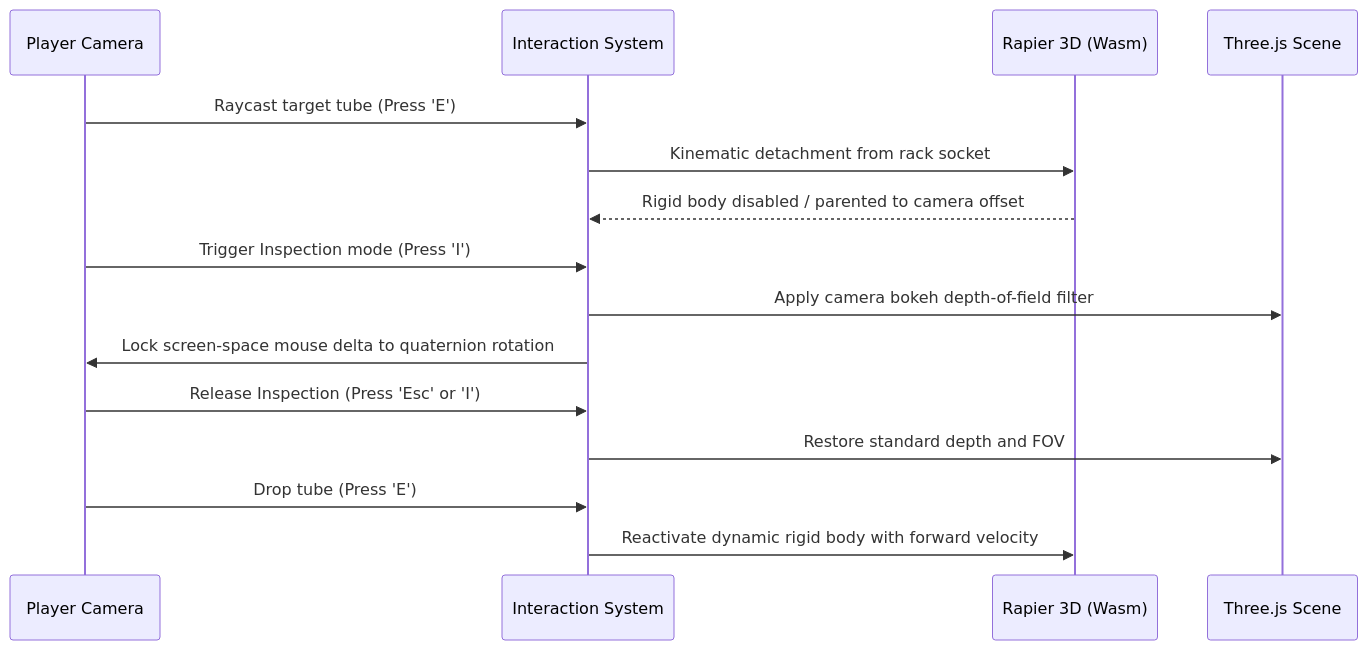
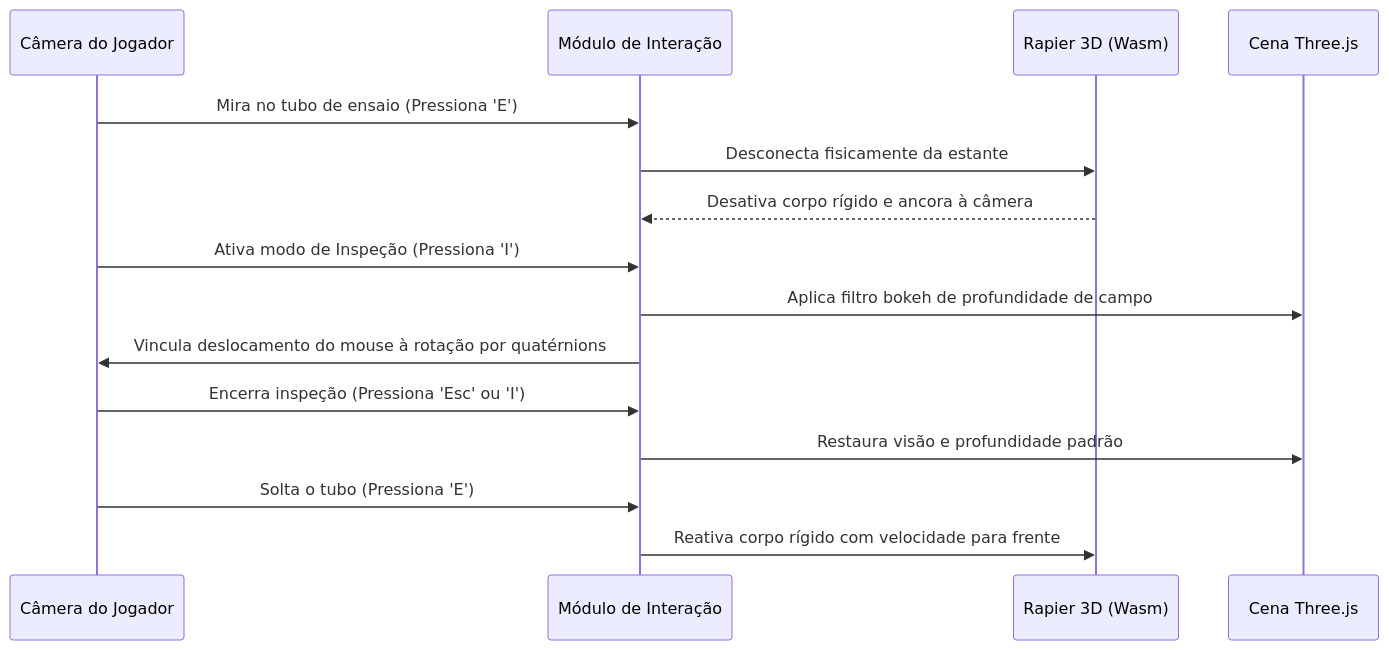
Before and after one commit to Fcsscoder/case-studies: the second of 2 diagrams in 3d-graphics-and-simulation/clinical-lab-webgl-physics-simulation/README.md, drawn with Mermaid. The commit also changed other lines of this file and 21 other files, not shown here.

````diff
--- a/3d-graphics-and-simulation/clinical-lab-webgl-physics-simulation/README.md
+++ b/3d-graphics-and-simulation/clinical-lab-webgl-physics-simulation/README.md
@@ -39,18 +39,18 @@
 ```mermaid
 sequenceDiagram
-    participant Player as Player Camera
-    participant Interaction as Interaction System
+    participant Player as Câmera do Jogador
+    participant Interaction as Módulo de Interação
     participant Physics as Rapier 3D (Wasm)
-    participant Scene as Three.js Scene
+    participant Scene as Cena Three.js
 
-    Player->>Interaction: Raycast target tube (Press 'E')
-    Interaction->>Physics: Kinematic detachment from rack socket
-    Physics-->>Interaction: Rigid body disabled / parented to camera offset
-    Player->>Interaction: Trigger Inspection mode (Press 'I')
-    Interaction->>Scene: Apply camera bokeh depth-of-field filter
-    Interaction->>Player: Lock screen-space mouse delta to quaternion rotation
-    Player->>Interaction: Release Inspection (Press 'Esc' or 'I')
-    Interaction->>Scene: Restore standard depth and FOV
-    Player->>Interaction: Drop tube (Press 'E')
-    Interaction->>Physics: Reactivate dynamic rigid body with forward velocity
+    Player->>Interaction: Mira no tubo de ensaio (Pressiona 'E')
+    Interaction->>Physics: Desconecta fisicamente da estante
+    Physics-->>Interaction: Desativa corpo rígido e ancora à câmera
+    Player->>Interaction: Ativa modo de Inspeção (Pressiona 'I')
+    Interaction->>Scene: Aplica filtro bokeh de profundidade de campo
+    Interaction->>Player: Vincula deslocamento do mouse à rotação por quatérnions
+    Player->>Interaction: Encerra inspeção (Pressiona 'Esc' ou 'I')
+    Interaction->>Scene: Restaura visão e profundidade padrão
+    Player->>Interaction: Solta o tubo (Pressiona 'E')
+    Interaction->>Physics: Reativa corpo rígido com velocidade para frente
 ```
````
